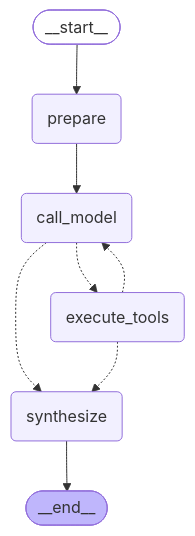
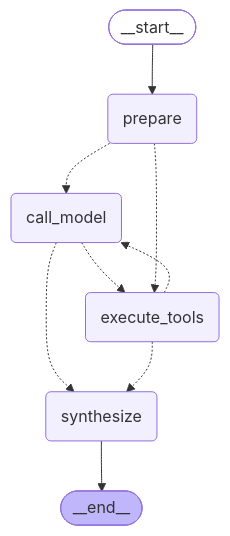
One commit to benrben/private-room changed diagram 15 of 25 in services/agent-sidecar/AGENTS.md. Above: the diagram before and after it, drawn with Mermaid. The commit also changed other lines of this file and 41 other files, not shown here.

````diff
--- a/services/agent-sidecar/AGENTS.md
+++ b/services/agent-sidecar/AGENTS.md
@@ -715,19 +725,20 @@
 ```mermaid
 graph TD;
 	__start__([<p>__start__</p>]):::first
 	prepare(prepare)
 	call_model(call_model)
 	execute_tools(execute_tools)
 	synthesize(synthesize)
 	__end__([<p>__end__</p>]):::last
 	__start__ --> prepare;
 	call_model -.-> execute_tools;
 	call_model -.-> synthesize;
 	execute_tools -.-> call_model;
 	execute_tools -.-> synthesize;
-	prepare --> call_model;
+	prepare -.-> call_model;
+	prepare -.-> execute_tools;
 	synthesize --> __end__;
 	classDef default fill:#f2f0ff,line-height:1.2
 	classDef first fill-opacity:0
 	classDef last fill:#bfb6fc
 ```
````
